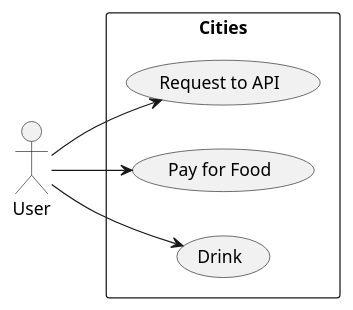
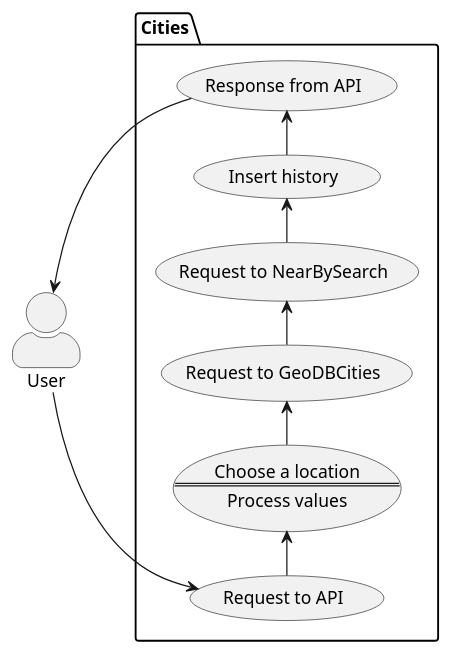
Before and after one commit to uuta/trander: the diagram in figures/UseCases/Cities/index.pu, drawn with PlantUML. The commit also changed 10 other files, not shown here.

Commit message:
#57: Refactoring Cities API

```diff
--- a/figures/UseCases/Cities/index.pu
+++ b/figures/UseCases/Cities/index.pu
@@ -1,12 +1,27 @@
-@startuml
+@startuml Cities
+skinparam actorStyle awesome
 left to right direction
 actor "User" as u
-rectangle Cities {
+package Cities {
   usecase "Request to API" as UC1
-  usecase "Pay for Food" as UC2
-  usecase "Drink" as UC3
+  usecase UC2 as "
+  Choose a location
+  ==
+  Process values"
+  usecase UC3 as "
+  Request to GeoDBCities"
+  usecase UC4 as "
+  Request to NearBySearch"
+  usecase UC5 as "
+  Insert history"
+  usecase "Response from API" as UC6
 }
+
 u --> UC1
-u --> UC2
-u --> UC3
+UC1 -> UC2
+UC2 -> UC3
+UC3 -> UC4
+UC4 -> UC5
+UC5 -> UC6
+u <-- UC6
 @enduml
```
